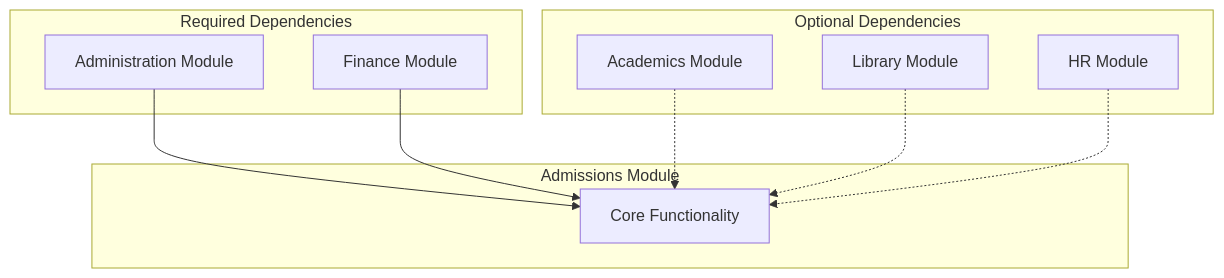
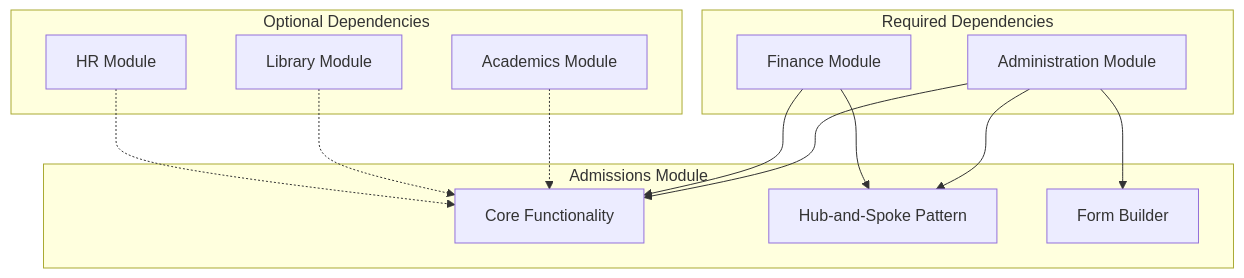
Before and after one commit to geniusdynamics/schoolpilot: the tenth of 11 diagrams in .qoder/repowiki/en/content/Admissions Module.md, drawn with Mermaid. The commit also changed other lines of this file and 311 other files, not shown here.

````diff
--- a/.qoder/repowiki/en/content/Admissions Module.md
+++ b/.qoder/repowiki/en/content/Admissions Module.md
@@ -689,20 +446,25 @@
 ```mermaid
 graph TB
 subgraph "Required Dependencies"
 A[Administration Module]
 B[Finance Module]
 end
 subgraph "Optional Dependencies"
 C[Academics Module]
 D[Library Module]
 E[HR Module]
 end
 subgraph "Admissions Module"
 F[Core Functionality]
+G[Hub-and-Spoke Pattern]
+H[Form Builder]
 end
 A --> F
+A --> G
+A --> H
 B --> F
+B --> G
 C -.-> F
 D -.-> F
 E -.-> F
 ```
````
